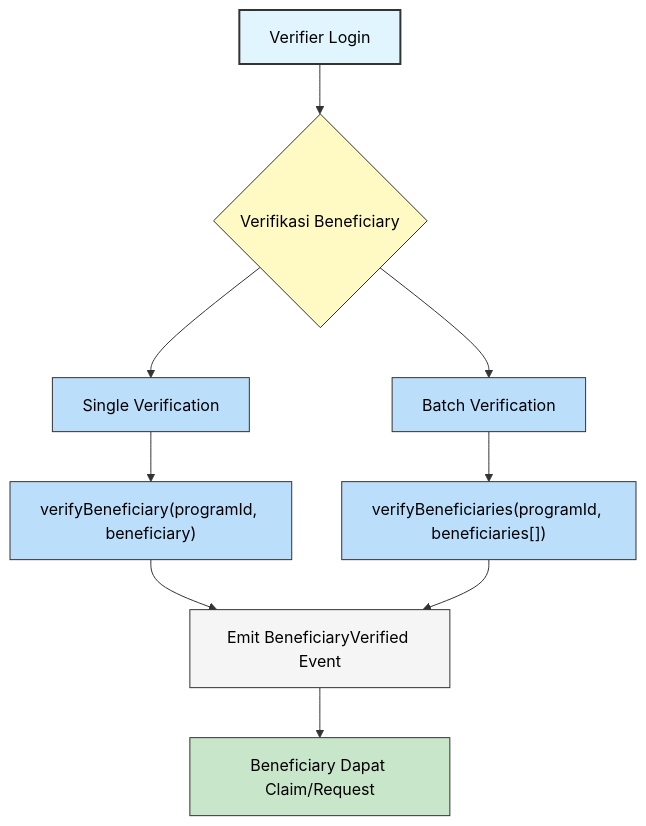
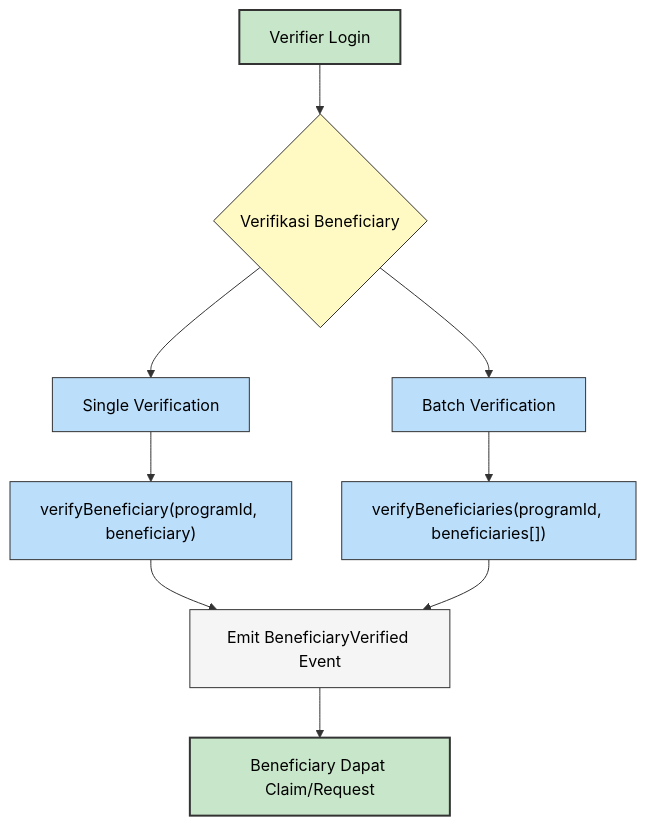
Before and after one commit to raflimulyarahman/PocketGrant: the fourth of 9 diagrams in WALKTHROUGH.md, drawn with Mermaid. The commit also changed other lines of this file, not shown here.

````diff
--- a/WALKTHROUGH.md
+++ b/WALKTHROUGH.md
@@ -216,21 +213,20 @@
 ```mermaid
 flowchart TD
-    classDef startNode stroke:#333,stroke-width:2px,fill:#e1f5fe,color:#000
+    classDef positive stroke:#333,stroke-width:2px,fill:#c8e6c9,color:#000
     classDef actionNode stroke:#333,stroke-width:1px,fill:#bbdefb,color:#000
     classDef decision stroke:#333,stroke-width:1px,fill:#fff9c4,color:#000
-    classDef success stroke:#333,stroke-width:1px,fill:#c8e6c9,color:#000
     classDef infoNode stroke:#333,stroke-width:1px,fill:#f5f5f5,color:#000
 
-    A["Verifier Login"]:::startNode --> B{Verifikasi Beneficiary}:::decision
+    A["Verifier Login"]:::positive --> B{Verifikasi Beneficiary}:::decision
 
     B --> C["Single Verification"]:::actionNode
     C --> C1["verifyBeneficiary(programId, beneficiary)"]:::actionNode
 
     B --> D["Batch Verification"]:::actionNode
     D --> D1["verifyBeneficiaries(programId, beneficiaries[])"]:::actionNode
 
     C1 --> E["Emit BeneficiaryVerified Event"]:::infoNode
     D1 --> E
 
-    E --> F["Beneficiary Dapat Claim/Request"]:::success
+    E --> F["Beneficiary Dapat Claim/Request"]:::positive
 ```
````
